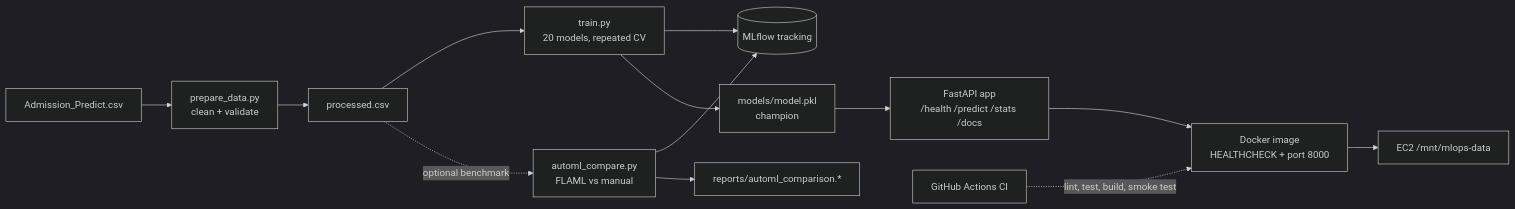
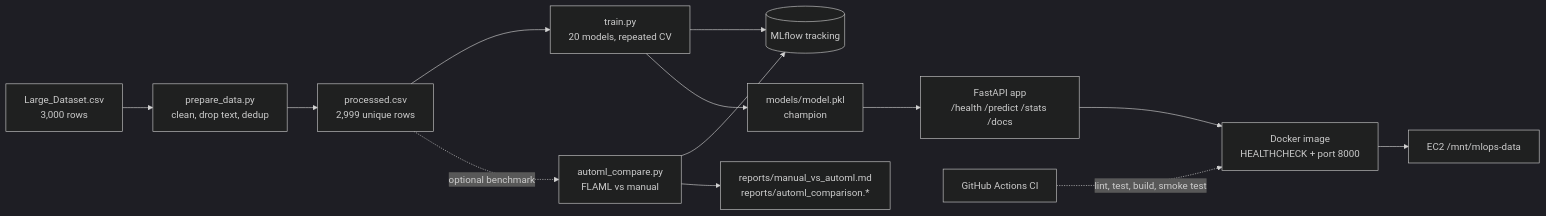
The diagram in README.md (aleshbathegreat/mlops_project), drawn with Mermaid (dark theme) before and after one commit. The commit also changed other lines of this file and 16 other files, not shown here.

````diff
--- a/README.md
+++ b/README.md
@@ -13,15 +13,15 @@
 ```mermaid
 flowchart LR
-    A[Admission_Predict.csv] --> B[prepare_data.py<br/>clean + validate]
-    B --> C[processed.csv]
+    A[Large_Dataset.csv<br/>3,000 rows] --> B[prepare_data.py<br/>clean, drop text, dedup]
+    B --> C[processed.csv<br/>2,999 unique rows]
     C --> D[train.py<br/>20 models, repeated CV]
     C -. optional benchmark .-> J[automl_compare.py<br/>FLAML vs manual]
     D --> E[(MLflow tracking)]
     J --> E
-    J --> K[reports/automl_comparison.*]
+    J --> K[reports/manual_vs_automl.md<br/>reports/automl_comparison.*]
     D --> F[models/model.pkl<br/>champion]
     F --> G[FastAPI app<br/>/health /predict /stats /docs]
     G --> H[Docker image<br/>HEALTHCHECK + port 8000]
     H --> L[EC2 /mnt/mlops-data]
     I[GitHub Actions CI] -. lint, test, build, smoke test .-> H
 ```
````
